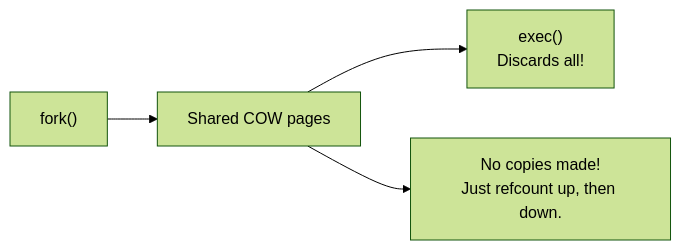
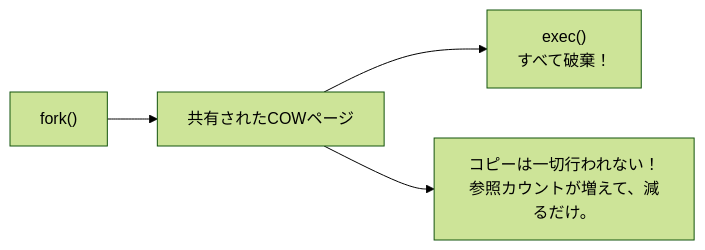
The seventh of 9 diagrams in docs/mm/fork.md (doguto/linux-kernel-internals-jp), drawn with Mermaid (forest theme) before and after one commit. The commit also changed other lines of this file and 3 other files, not shown here.

````diff
--- a/docs/mm/fork.md
+++ b/docs/mm/fork.md
@@ -427,10 +427,10 @@
 ```mermaid
 flowchart LR
     FORK["fork()"]
-    COW["Shared COW pages"]
-    EXEC["exec()<br/>Discards all!"]
-    RESULT["No copies made!<br/>Just refcount up, then down."]
+    COW["共有されたCOWページ"]
+    EXEC["exec()<br/>すべて破棄！"]
+    RESULT["コピーは一切行われない！<br/>参照カウントが増えて、減るだけ。"]
 
     FORK --> COW --> EXEC
     COW --> RESULT
 ```
````
